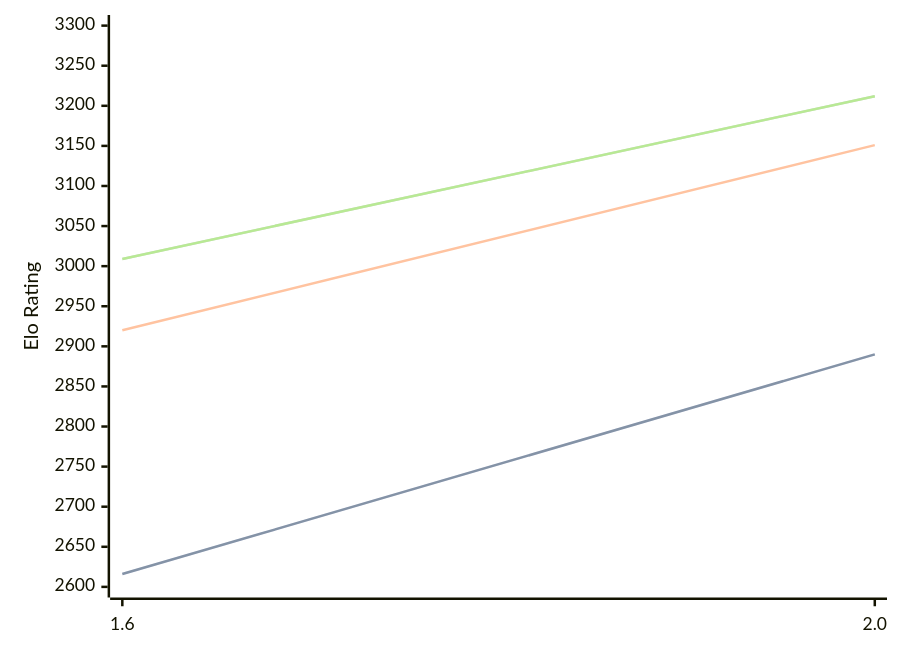
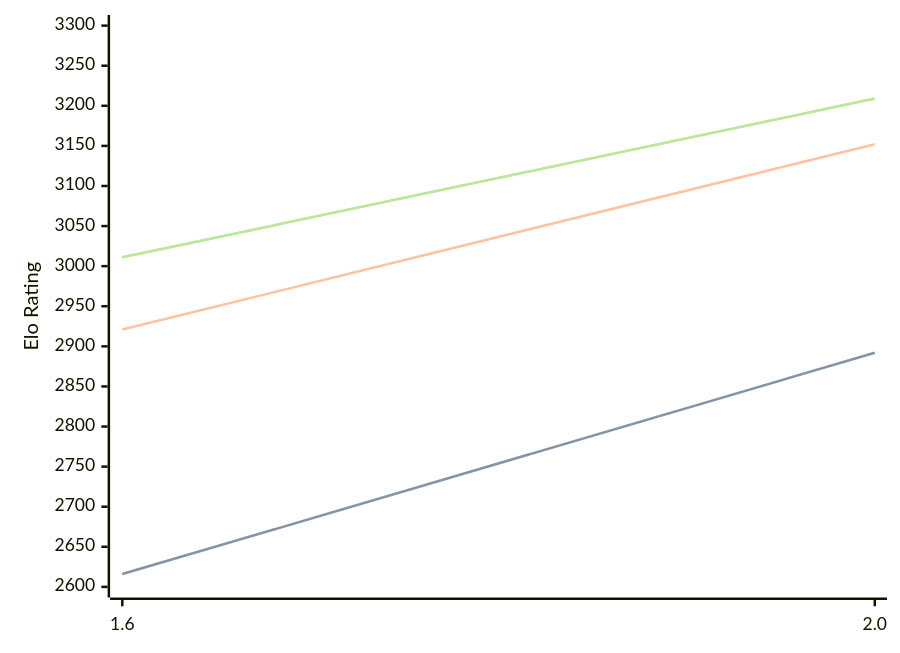
One commit to computer-chess-index/cci changed the diagram in engines/Onyx.md. Above: the diagram before and after it, drawn with Mermaid. The commit also changed other lines of this file, not shown here.

Commit message:
Update CCI Ratings (ELO VLTC) - 2026-08-05

````diff
--- a/engines/Onyx.md
+++ b/engines/Onyx.md
@@ -32,11 +32,11 @@
 ```mermaid
 %%{init: {"theme":"base","themeVariables":{"seriesColors:['#a3a3a3','#222221','#faa371']}}}%%
 xychart-beta
   x-axis ["1.6", "2.0"]
   y-axis "Elo Rating" 2600 --> 3300
-  line "STC (8.0+0.08s)" [2616, 2890]
-  line "STC (8.0+0.08s)" [2616, 2890]
-  line "LTC (60.0+0.60s)" [2920, 3151]
-  line "VLTC (2m24s+1.12s)" [3009, 3212]
-  line "VLTC (2m24s+1.12s)" [3009, 3212]
+  line "STC (8.0+0.08s)" [2616, 2892]
+  line "STC (8.0+0.08s)" [2616, 2892]
+  line "LTC (60.0+0.60s)" [2921, 3152]
+  line "VLTC (2m24s+1.12s)" [3011, 3209]
+  line "VLTC (2m24s+1.12s)" [3011, 3209]
 ```
````
